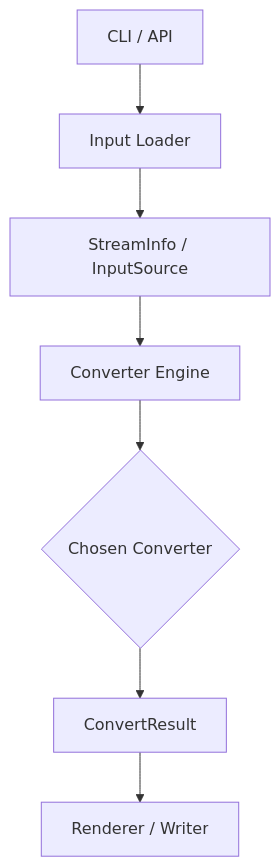
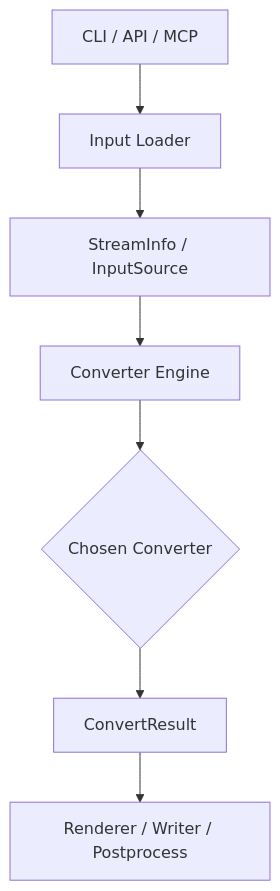
The diagram in docs/Project architecture transformation.md (hnlyxiaobing/MoonBitMark), drawn with Mermaid before and after one commit. The commit also changed other lines of this file and 40 other files, not shown here.

````diff
--- a/docs/Project architecture transformation.md
+++ b/docs/Project architecture transformation.md
@@ -67,9 +68,9 @@
 ```mermaid
 flowchart TB
-    A[CLI / API] --> B[Input Loader]
+    A[CLI / API / MCP] --> B[Input Loader]
     B --> C[StreamInfo / InputSource]
     C --> D[Converter Engine]
     D --> E{Chosen Converter}
     E --> F[ConvertResult]
-    F --> G[Renderer / Writer]
+    F --> G[Renderer / Writer / Postprocess]
 ```
````
